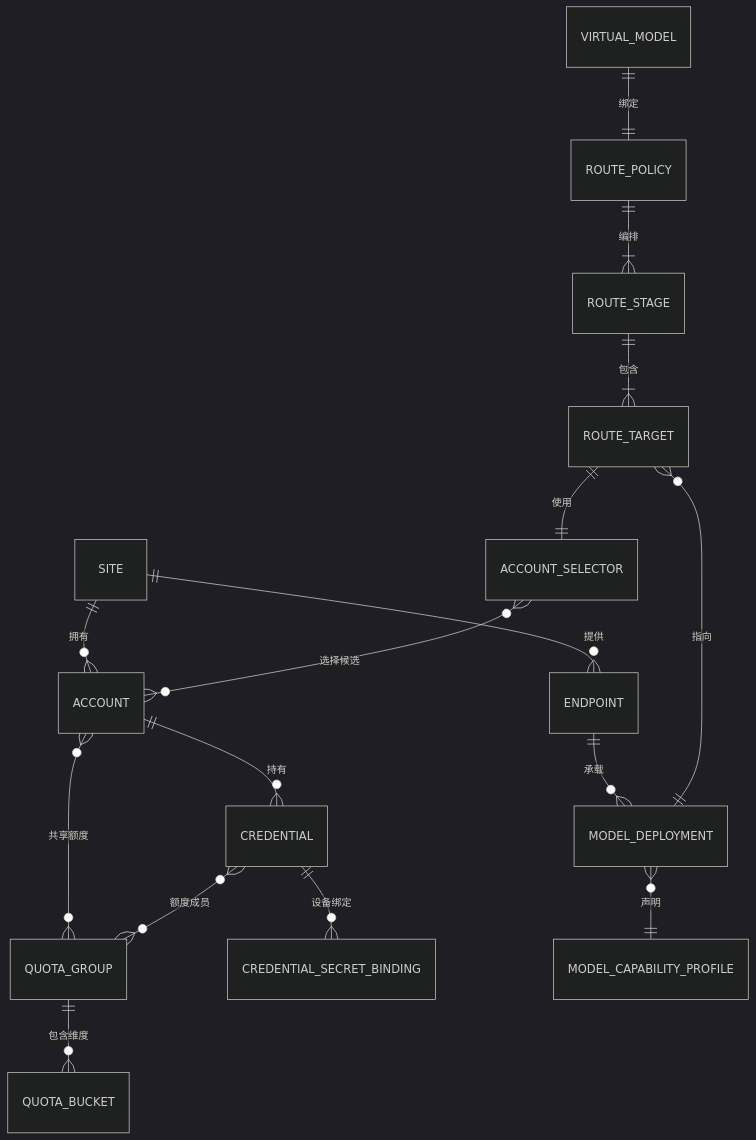
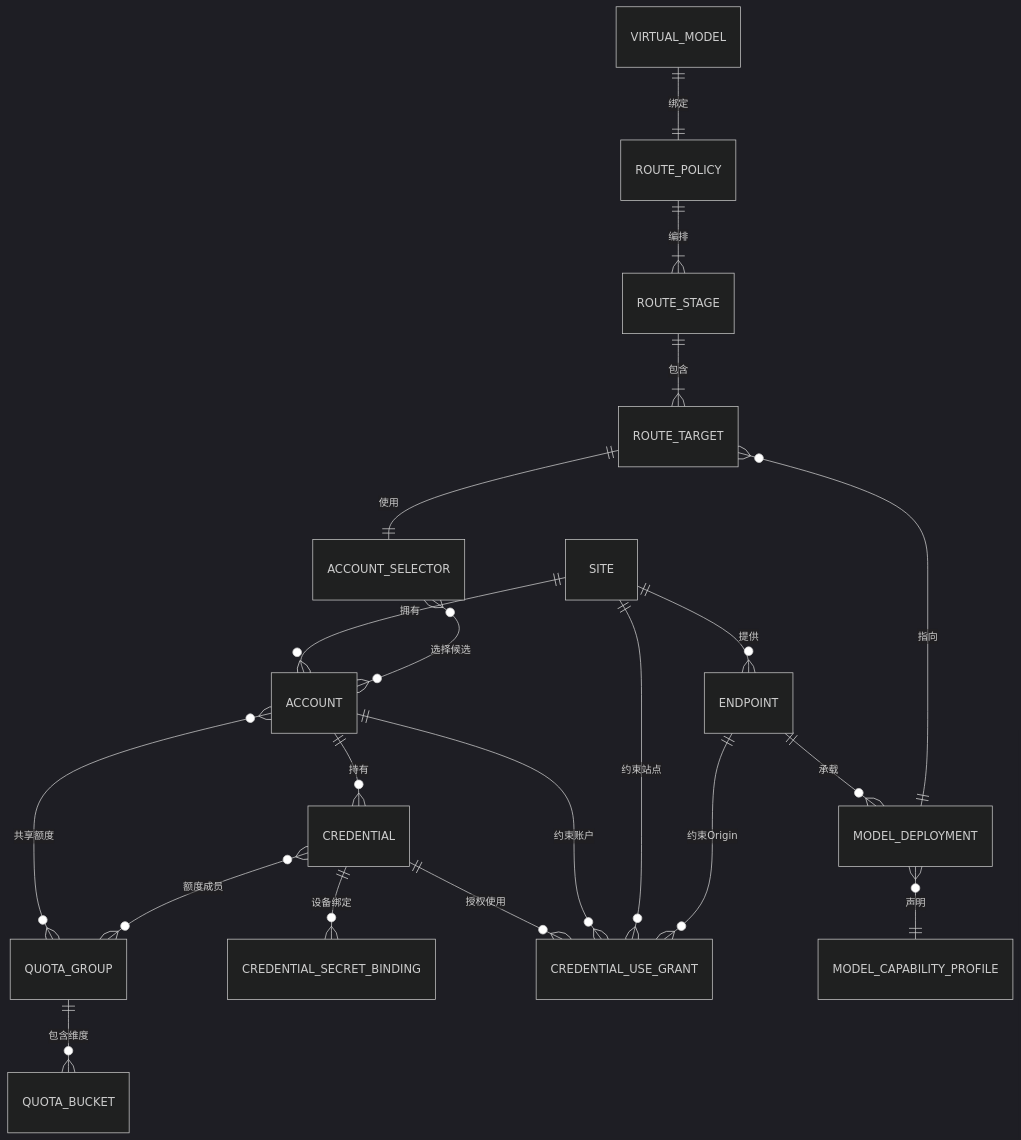
Before and after one commit to CreatorEdition/bianma-app-internal: the first of 3 diagrams in docs/developers/routing-core-v2-architecture.md, drawn with Mermaid (dark theme). The commit also changed other lines of this file and 1 other file, not shown here.

````diff
--- a/docs/developers/routing-core-v2-architecture.md
+++ b/docs/developers/routing-core-v2-architecture.md
@@ -105,18 +111,22 @@
 ```mermaid
 erDiagram
     SITE ||--o{ ENDPOINT : "提供"
     SITE ||--o{ ACCOUNT : "拥有"
     ACCOUNT ||--o{ CREDENTIAL : "持有"
     ACCOUNT }o--o{ QUOTA_GROUP : "共享额度"
     CREDENTIAL }o--o{ QUOTA_GROUP : "额度成员"
     QUOTA_GROUP ||--o{ QUOTA_BUCKET : "包含维度"
     CREDENTIAL ||--o{ CREDENTIAL_SECRET_BINDING : "设备绑定"
+    CREDENTIAL ||--o{ CREDENTIAL_USE_GRANT : "授权使用"
+    ACCOUNT ||--o{ CREDENTIAL_USE_GRANT : "约束账户"
+    SITE ||--o{ CREDENTIAL_USE_GRANT : "约束站点"
+    ENDPOINT ||--o{ CREDENTIAL_USE_GRANT : "约束Origin"
     ACCOUNT_SELECTOR }o--o{ ACCOUNT : "选择候选"
     ENDPOINT ||--o{ MODEL_DEPLOYMENT : "承载"
     MODEL_DEPLOYMENT }o--|| MODEL_CAPABILITY_PROFILE : "声明"
     ROUTE_TARGET }o--|| MODEL_DEPLOYMENT : "指向"
     ROUTE_TARGET ||--|| ACCOUNT_SELECTOR : "使用"
     ROUTE_POLICY ||--|{ ROUTE_STAGE : "编排"
     ROUTE_STAGE ||--|{ ROUTE_TARGET : "包含"
     VIRTUAL_MODEL ||--|| ROUTE_POLICY : "绑定"
 ```
````
